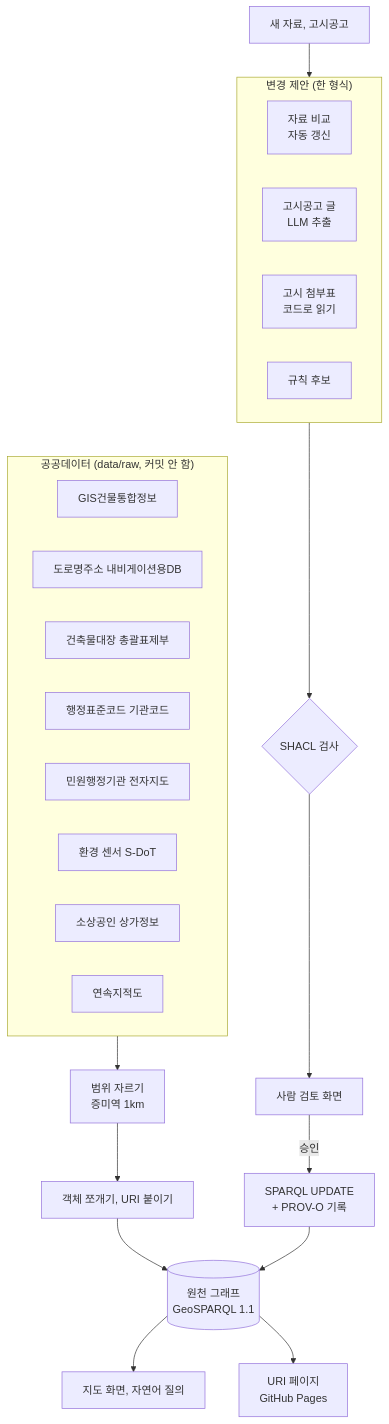
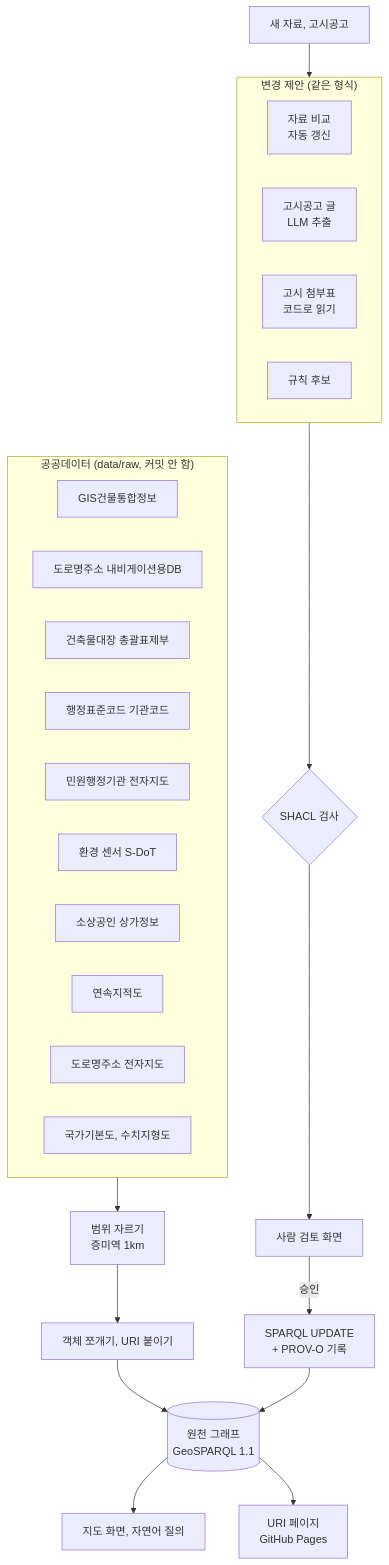
One commit to yeodh10/jeungmi-geokg changed the diagram in README.md. Above: the diagram before and after it, drawn with Mermaid. The commit also changed other lines of this file and 61 other files, not shown here.

````diff
--- a/README.md
+++ b/README.md
@@ -71,29 +98,31 @@
 ```mermaid
 flowchart TB
   subgraph SRC["공공데이터 (data/raw, 커밋 안 함)"]
     A1[GIS건물통합정보]
     A2[도로명주소 내비게이션용DB]
     A3[건축물대장 총괄표제부]
     A4[행정표준코드 기관코드]
     A5[민원행정기관 전자지도]
     A6[환경 센서 S-DoT]
     A7[소상공인 상가정보]
     A8[연속지적도]
+    A9[도로명주소 전자지도]
+    A10[국가기본도, 수치지형도]
   end
   SRC --> B[범위 자르기<br>증미역 1km]
   B --> C[객체 쪼개기, URI 붙이기]
   C --> D[(원천 그래프<br>GeoSPARQL 1.1)]
-  subgraph PROP["변경 제안 (한 형식)"]
+  subgraph PROP["변경 제안 (같은 형식)"]
     P1[자료 비교<br>자동 갱신]
     P2[고시공고 글<br>LLM 추출]
     P3[고시 첨부표<br>코드로 읽기]
     P4[규칙 후보]
   end
   N[새 자료, 고시공고] --> PROP
   PROP --> S{SHACL 검사}
   S --> R[사람 검토 화면]
   R -- 승인 --> U[SPARQL UPDATE<br>+ PROV-O 기록]
   U --> D
   D --> M[지도 화면, 자연어 질의]
   D --> W[URI 페이지<br>GitHub Pages]
 ```
````
